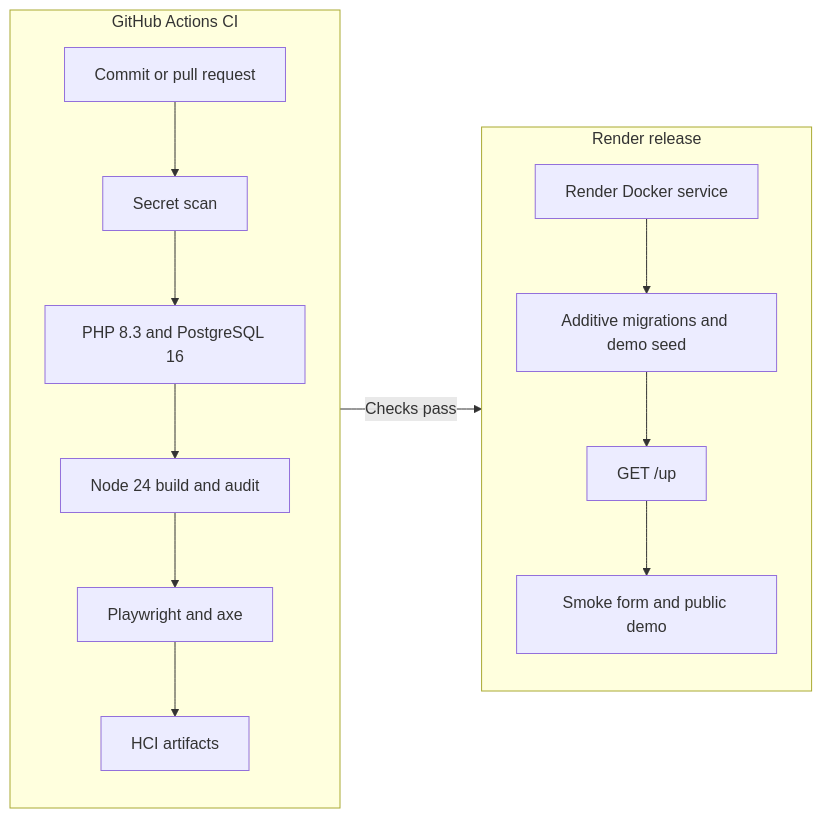
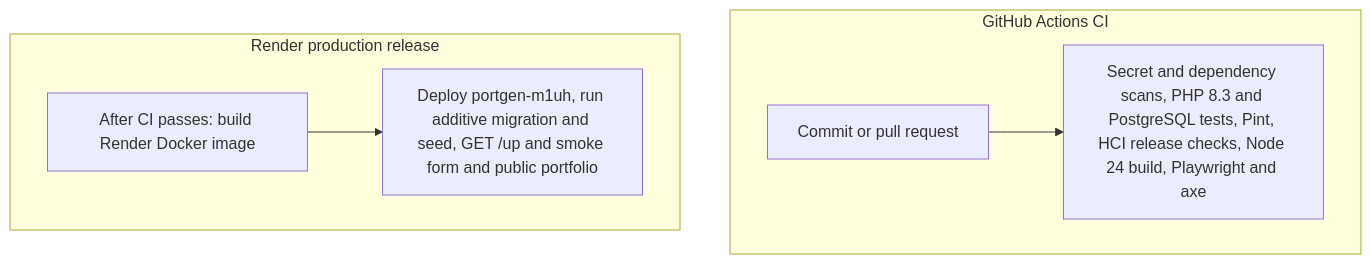
Before and after one commit to crazyfrogfrog84-dotcom/portgen: the diagram in docs/diagrams/ci-cd.mmd, drawn with Mermaid. The commit also changed 15 other files, not shown here.

Commit message:
deploy: configure Render production service

```diff
--- a/docs/diagrams/ci-cd.mmd
+++ b/docs/diagrams/ci-cd.mmd
@@ -1,10 +1,9 @@
-flowchart LR
+flowchart TB
     subgraph ci[GitHub Actions CI]
-        direction TB
-        commit[Commit or pull request] --> scan[Secret scan] --> php[PHP 8.3 and PostgreSQL 16] --> assets[Node 24 build and audit] --> browser[Playwright and axe] --> artifact[HCI artifacts]
+        direction LR
+        commit[Commit or pull request] --> gates[Secret and dependency scans, PHP 8.3 and PostgreSQL tests, Pint, HCI release checks, Node 24 build, Playwright and axe]
     end
-    subgraph deployment[Render release]
-        direction TB
-        web[Render Docker service] --> migrate[Additive migrations and demo seed] --> health[GET /up] --> smoke[Smoke form and public demo]
+    subgraph deployment[Render production release]
+        direction LR
+        build[After CI passes: build Render Docker image] --> production[Deploy portgen-m1uh, run additive migration and seed, GET /up and smoke form and public portfolio]
     end
-    artifact -->|Checks pass| web
```
